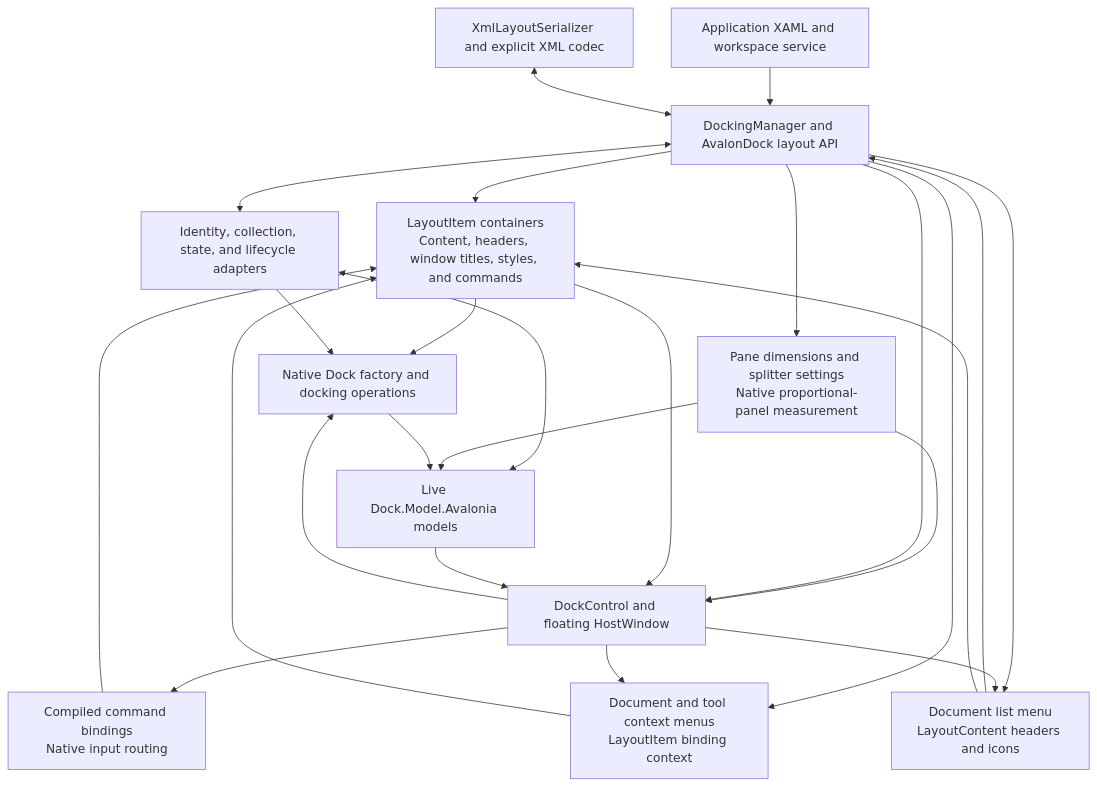
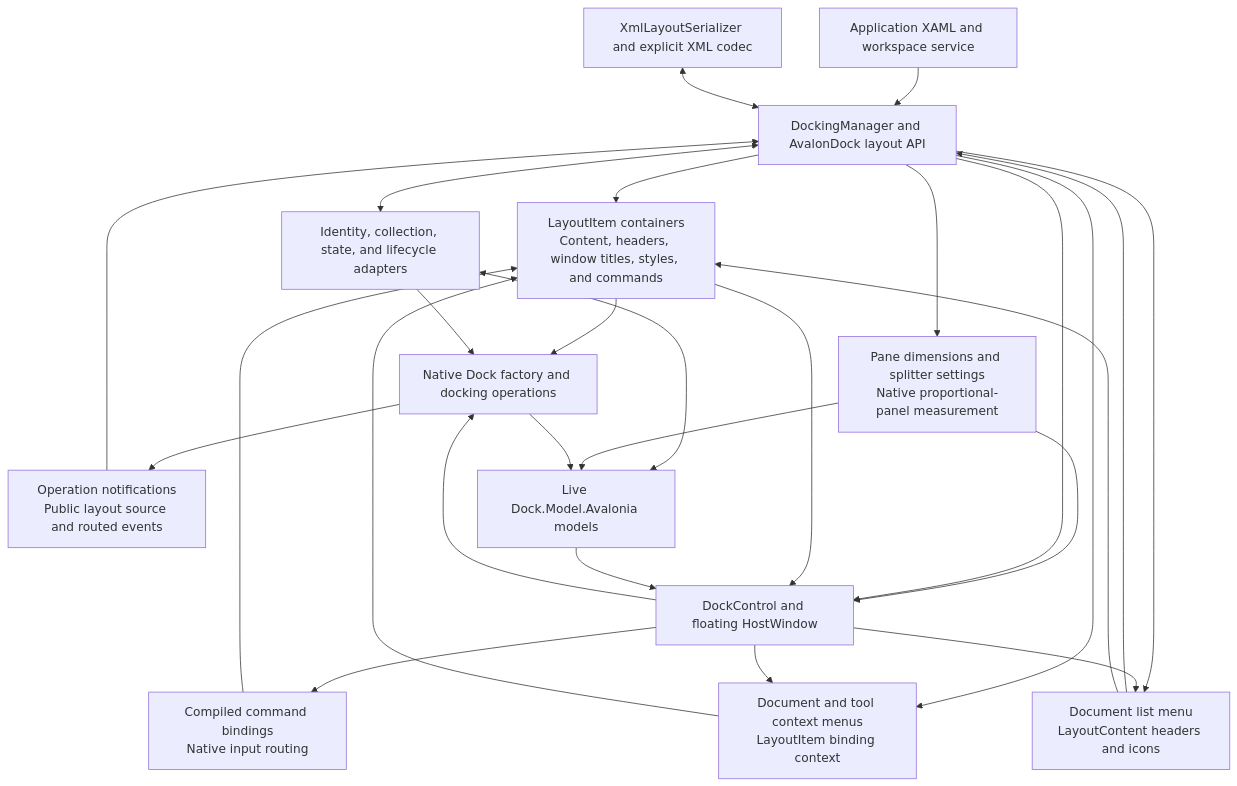
Before and after one commit to wieslawsoltes/Dock: the diagram in src/Dock.Avalonia.AvalonDock/AVALONDOCK.md, drawn with Mermaid. The commit also changed other lines of this file and 18 other files, not shown here.

Commit message:
Raise AvalonDock routed events around native docking operations

````diff
--- a/src/Dock.Avalonia.AvalonDock/AVALONDOCK.md
+++ b/src/Dock.Avalonia.AvalonDock/AVALONDOCK.md
@@ -274,39 +283,42 @@
 ```mermaid
 flowchart TB
     App["Application XAML and workspace service"]
     Api["DockingManager and AvalonDock layout API"]
     Items["LayoutItem containers<br/>Content, headers, window titles, styles, and commands"]
     Commands["Compiled command bindings<br/>Native input routing"]
     Menus["Document and tool context menus<br/>LayoutItem binding context"]
     DocumentList["Document list menu<br/>LayoutContent headers and icons"]
     Bridge["Identity, collection, state, and lifecycle adapters"]
+    Events["Operation notifications<br/>Public layout source and routed events"]
     Sizing["Pane dimensions and splitter settings<br/>Native proportional-panel measurement"]
     Models["Live Dock.Model.Avalonia models"]
     Factory["Native Dock factory and docking operations"]
     View["DockControl and floating HostWindow"]
     Xml["XmlLayoutSerializer and explicit XML codec"]
     App --> Api
     Api --> Items
     Items --> Factory
     Api <--> Bridge
     Bridge <--> Models
     Api --> Sizing
     Sizing --> Models
     Sizing --> View
     Bridge --> Factory
     Factory --> Models
+    Factory --> Events
+    Events --> Api
     Api --> View
     Items --> View
     View --> Commands
     Commands --> Items
     Api --> Menus
     View --> Menus
     Menus --> Items
     Api --> DocumentList
     View --> DocumentList
     DocumentList --> Api
     DocumentList --> Items
     Models --> View
     View --> Factory
     Xml <--> Api
 ```
````
